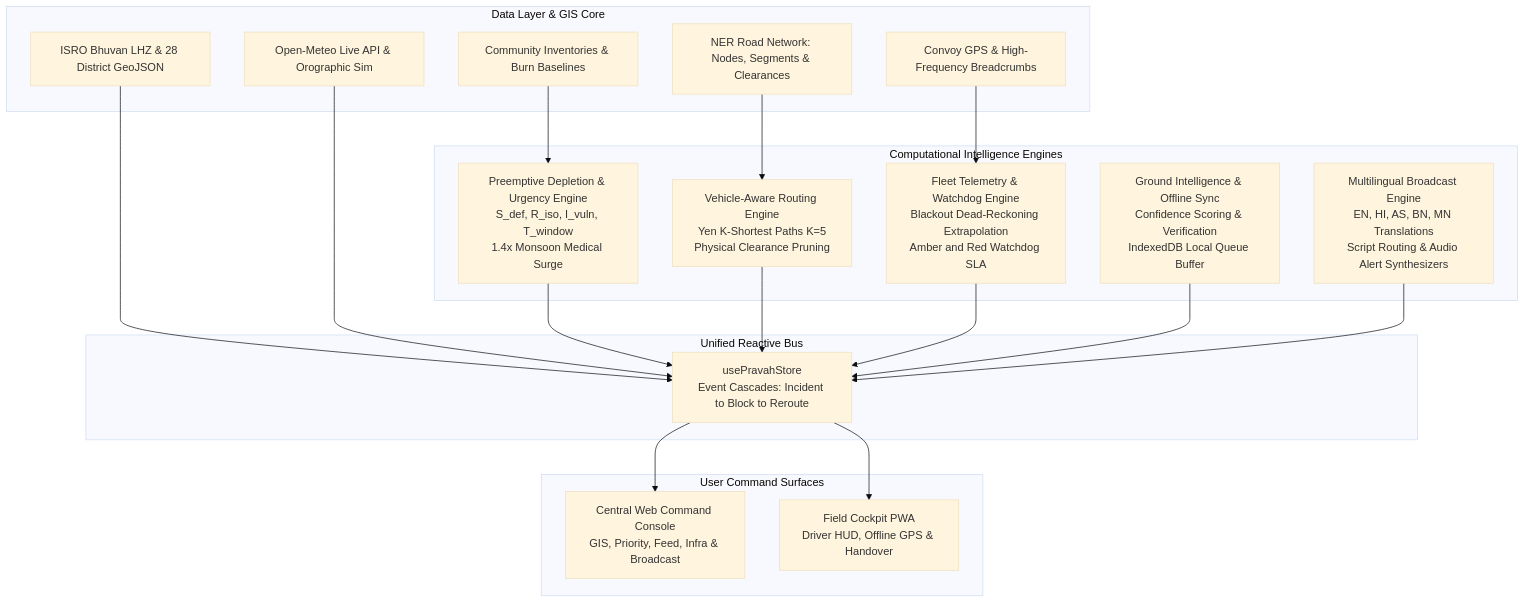
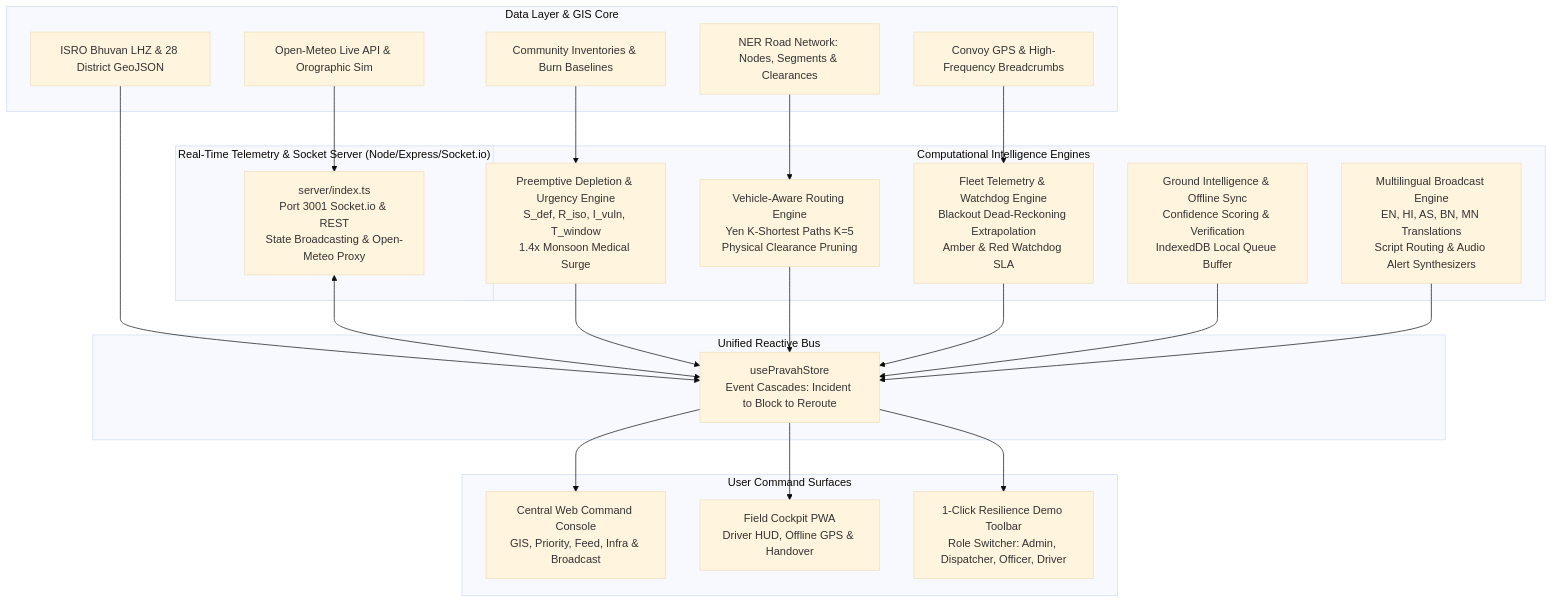
The diagram in README.md (GWaman2007/PRAVAH), drawn with Mermaid (base theme) before and after one commit. The commit also changed other lines of this file and 1 other file, not shown here.

Commit message:
docs: bring README up to date with live deployment, backend server, and test suite

````diff
--- a/README.md
+++ b/README.md
@@ -55,42 +59,49 @@
 ```mermaid
 flowchart TB
     subgraph Data_Layer ["Data Layer & GIS Core"]
         GEO["ISRO Bhuvan LHZ & 28 District GeoJSON"]
         NET["NER Road Network: Nodes, Segments & Clearances"]
         COMM["Community Inventories & Burn Baselines"]
         FLEET["Convoy GPS & High-Frequency Breadcrumbs"]
         MET["Open-Meteo Live API & Orographic Sim"]
     end
 
+    subgraph Backend_Sync ["Real-Time Telemetry & Socket Server (Node/Express/Socket.io)"]
+        SRV["server/index.ts<br/>Port 3001 Socket.io & REST<br/>State Broadcasting & Open-Meteo Proxy"]
+    end
+
     subgraph Intelligence_Engines ["Computational Intelligence Engines"]
         PE["Preemptive Depletion & Urgency Engine<br/>S_def, R_iso, I_vuln, T_window<br/>1.4x Monsoon Medical Surge"]
         RE["Vehicle-Aware Routing Engine<br/>Yen K-Shortest Paths K=5<br/>Physical Clearance Pruning"]
-        TE["Fleet Telemetry & Watchdog Engine<br/>Blackout Dead-Reckoning Extrapolation<br/>Amber and Red Watchdog SLA"]
+        TE["Fleet Telemetry & Watchdog Engine<br/>Blackout Dead-Reckoning Extrapolation<br/>Amber & Red Watchdog SLA"]
         OS["Ground Intelligence & Offline Sync<br/>Confidence Scoring & Verification<br/>IndexedDB Local Queue Buffer"]
         BC["Multilingual Broadcast Engine<br/>EN, HI, AS, BN, MN Translations<br/>Script Routing & Audio Alert Synthesizers"]
     end
 
     subgraph Unified_Bus ["Unified Reactive Bus"]
         STORE["usePravahStore<br/>Event Cascades: Incident to Block to Reroute"]
     end
 
     subgraph User_Surfaces ["User Command Surfaces"]
         DECK["Central Web Command Console<br/>GIS, Priority, Feed, Infra & Broadcast"]
         PWA["Field Cockpit PWA<br/>Driver HUD, Offline GPS & Handover"]
+        DEMO["1-Click Resilience Demo Toolbar<br/>Role Switcher: Admin, Dispatcher, Officer, Driver"]
     end
 
     GEO --> STORE
     NET --> RE
     COMM --> PE
     FLEET --> TE
-    MET --> STORE
+    MET --> SRV
+    SRV <--> STORE
 
     PE --> STORE
     RE --> STORE
     TE --> STORE
     OS --> STORE
     BC --> STORE
 
     STORE --> DECK
     STORE --> PWA
+    STORE --> DEMO
 ```
````
